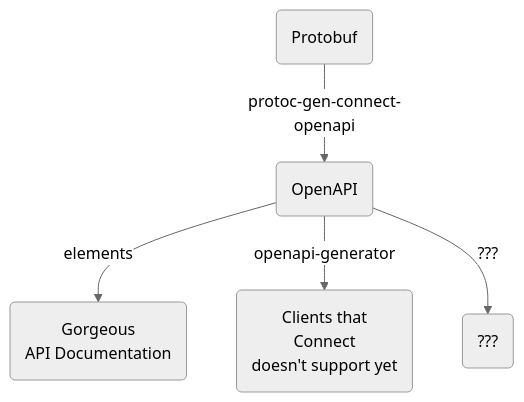
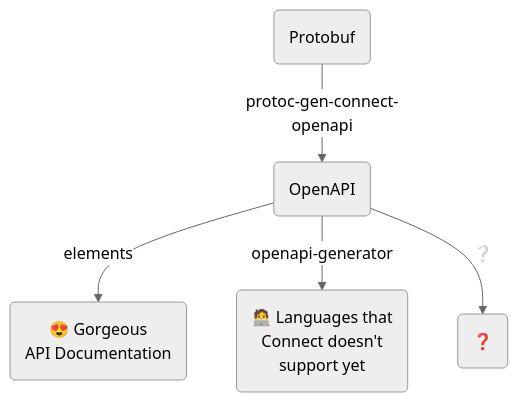
One commit to sudorandom/protoc-gen-connect-openapi changed the diagram in README.md. Above: the diagram before and after it, drawn with Mermaid (neutral theme). The commit also changed other lines of this file and 11 other files, not shown here.

````diff
--- a/README.md
+++ b/README.md
@@ -11,10 +11,10 @@
 ```mermaid
 flowchart TD
 
 protobuf(Protobuf) -->|protoc-gen-connect-openapi| openapi(OpenAPI)
-openapi -->|elements| prettydocs(Gorgeous\nAPI Documentation)
-openapi -->|openapi-generator| other-languages(Clients that\nConnect\ndoesn't support yet)
-openapi -->|???| ???(???)
+openapi -->|elements| elements(😍 Gorgeous\nAPI Documentation)
+openapi -->|openapi-generator| other-languages(🧑‍💻 Languages that\nConnect doesn't\n support yet)
+openapi -->|❔| ???(❓)
 click elements "https://github.com/stoplightio/elements" _blank
 click openapi-generator "https://github.com/OpenAPITools/openapi-generator" _blank
 ```
````
